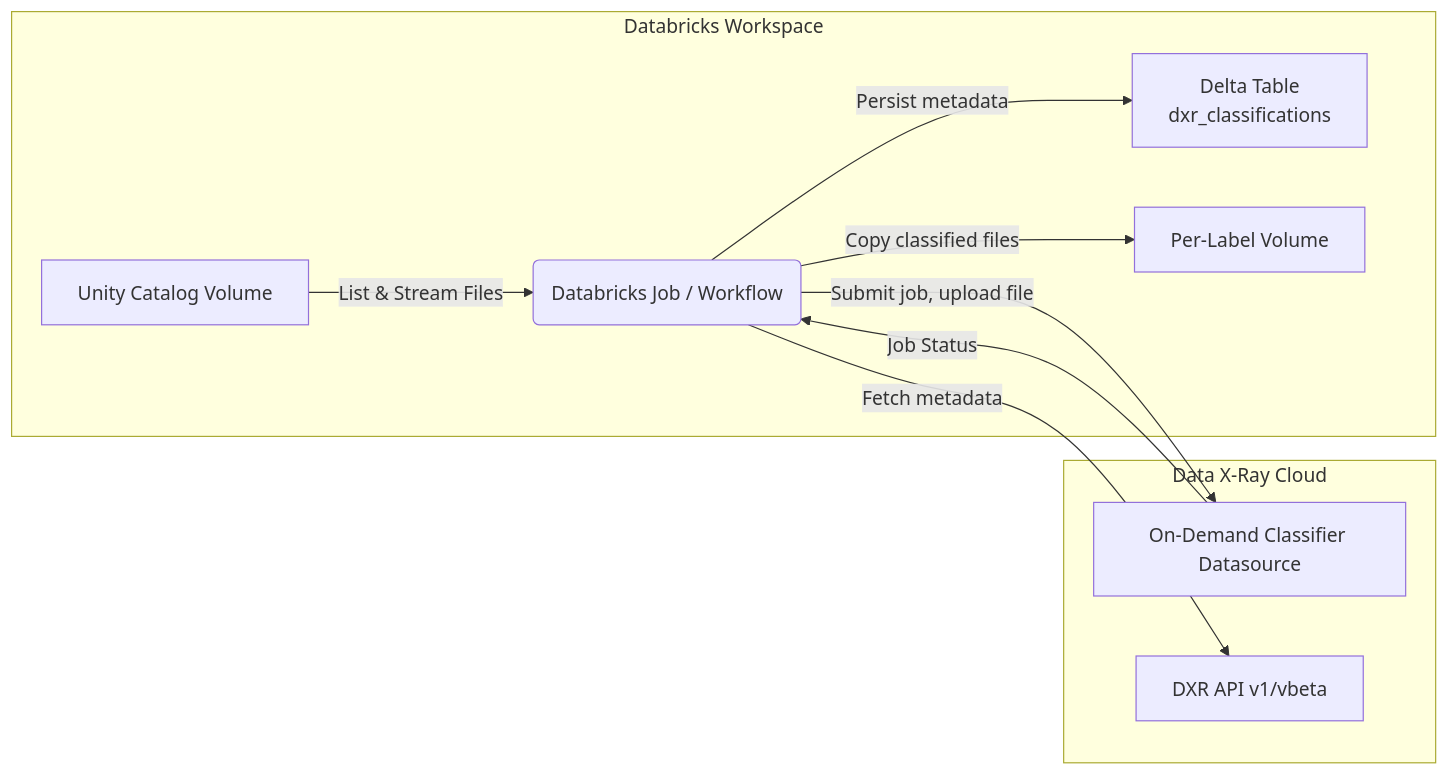
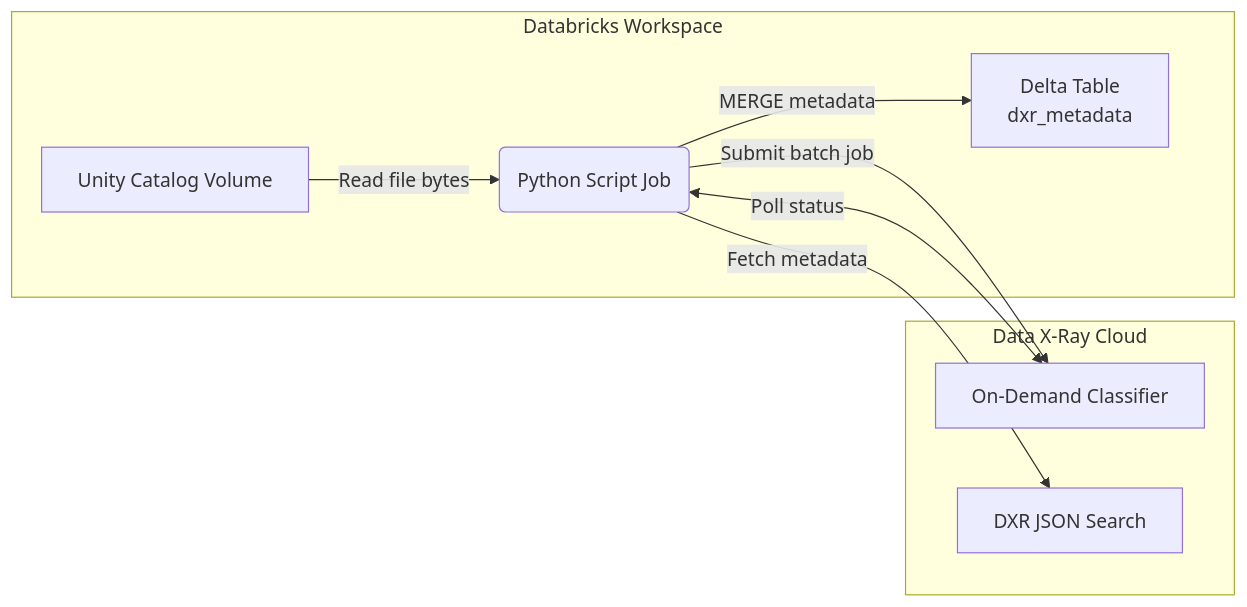
Before and after one commit to Ohalo-Ltd/ohalo-playbooks: the diagram in databricks-unity-dxr-integration/README.md, drawn with Mermaid. The commit also changed other lines of this file and 15 other files, not shown here.

Commit message:
refactor to run as script in db job

````diff
--- a/databricks-unity-dxr-integration/README.md
+++ b/databricks-unity-dxr-integration/README.md
@@ -15,15 +7,14 @@
 ```mermaid
 flowchart LR
     subgraph Databricks Workspace
-        A[Unity Catalog Volume] -->|List & Stream Files| B(Databricks Job / Workflow)
-        B -->|Persist metadata| C[Delta Table<br/>dxr_classifications]
-        B -->|Copy classified files| D[Per-Label Volume]
+        A[Unity Catalog Volume] -->|Read file bytes| B(Python Script Job)
+        B -->|MERGE metadata| C[Delta Table<br/>dxr_metadata]
     end
     subgraph Data X-Ray Cloud
-        E[On-Demand Classifier Datasource]
-        F[DXR API v1/vbeta]
+        D[On-Demand Classifier]
+        E[DXR JSON Search]
     end
-    B -->|Submit job, upload file| E
-    E -->|Job Status| B
-    B -->|Fetch metadata| F
+    B -->|Submit batch job| D
+    B <-->|Poll status| D
+    B -->|Fetch metadata| E
 ```
````
